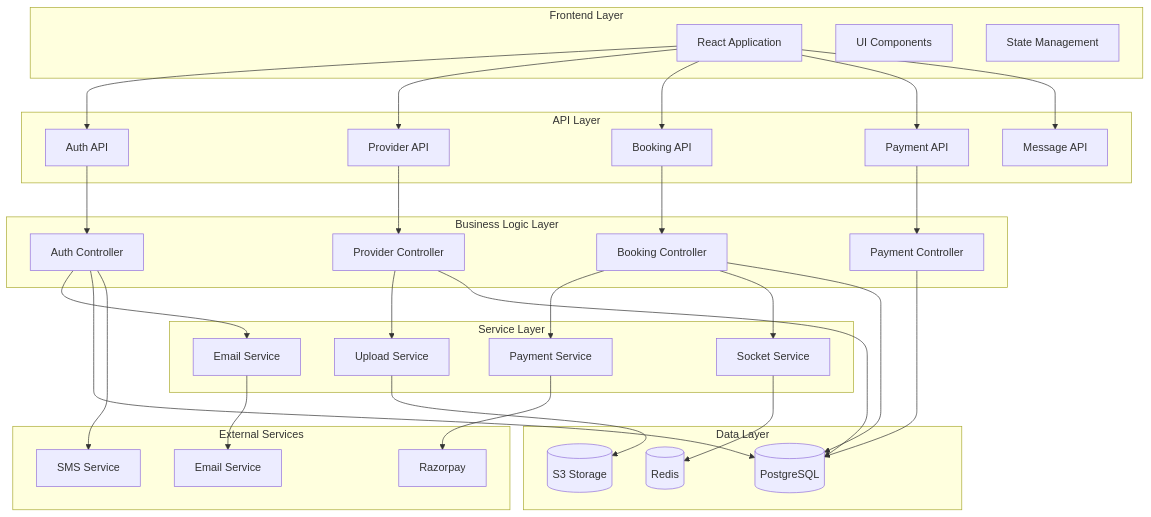
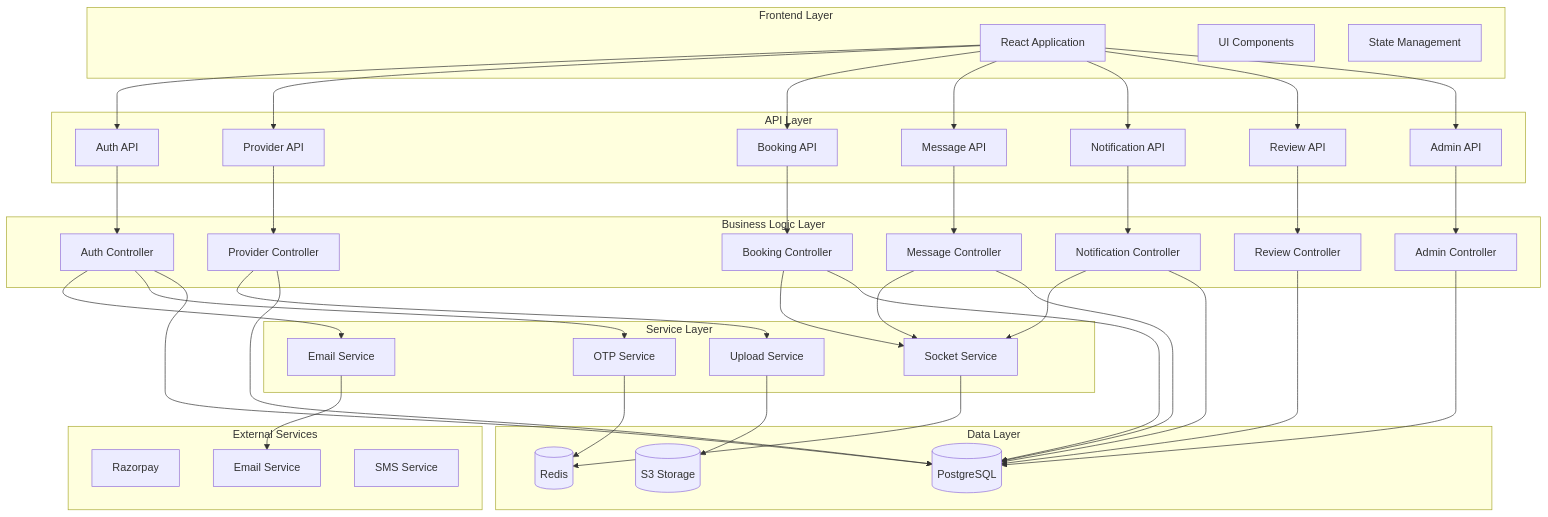
One commit to botvecna47/MH26-Services changed diagram 17 of 18 in docs/UML_DIAGRAMS.md. Above: the diagram before and after it, drawn with Mermaid. The commit also changed other lines of this file, not shown here.

Commit message:
docs: Clean up UML diagrams - remove payment components and update booking flow

````diff
--- a/docs/UML_DIAGRAMS.md
+++ b/docs/UML_DIAGRAMS.md
@@ -718,22 +736,27 @@
         AuthAPI[Auth API]
         ProviderAPI[Provider API]
         BookingAPI[Booking API]
-        PaymentAPI[Payment API]
         MessageAPI[Message API]
+        NotificationAPI[Notification API]
+        ReviewAPI[Review API]
+        AdminAPI[Admin API]
     end
     
     subgraph "Business Logic Layer"
         AuthController[Auth Controller]
         ProviderController[Provider Controller]
         BookingController[Booking Controller]
-        PaymentController[Payment Controller]
+        MessageController[Message Controller]
+        NotificationController[Notification Controller]
+        ReviewController[Review Controller]
+        AdminController[Admin Controller]
     end
     
     subgraph "Service Layer"
         EmailService[Email Service]
-        PaymentService[Payment Service]
         UploadService[Upload Service]
         SocketService[Socket Service]
+        OTPService[OTP Service]
     end
     
     subgraph "Data Layer"
@@ -751,28 +774,36 @@
     React --> AuthAPI
     React --> ProviderAPI
     React --> BookingAPI
-    React --> PaymentAPI
     React --> MessageAPI
+    React --> NotificationAPI
+    React --> ReviewAPI
+    React --> AdminAPI
     
     AuthAPI --> AuthController
     ProviderAPI --> ProviderController
     BookingAPI --> BookingController
-    PaymentAPI --> PaymentController
+    MessageAPI --> MessageController
+    NotificationAPI --> NotificationController
+    ReviewAPI --> ReviewController
+    AdminAPI --> AdminController
     
     AuthController --> EmailService
-    BookingController --> PaymentService
+    AuthController --> OTPService
+    BookingController --> SocketService
     ProviderController --> UploadService
-    BookingController --> SocketService
+    MessageController --> SocketService
+    NotificationController --> SocketService
     
     AuthController --> Database
     ProviderController --> Database
     BookingController --> Database
-    PaymentController --> Database
+    MessageController --> Database
+    NotificationController --> Database
+    ReviewController --> Database
+    AdminController --> Database
     
-    PaymentService --> PaymentGateway
     EmailService --> SMTP
-    AuthController --> SMS
-    
     UploadService --> Storage
     SocketService --> Cache
+    OTPService --> Cache
 ```
````
